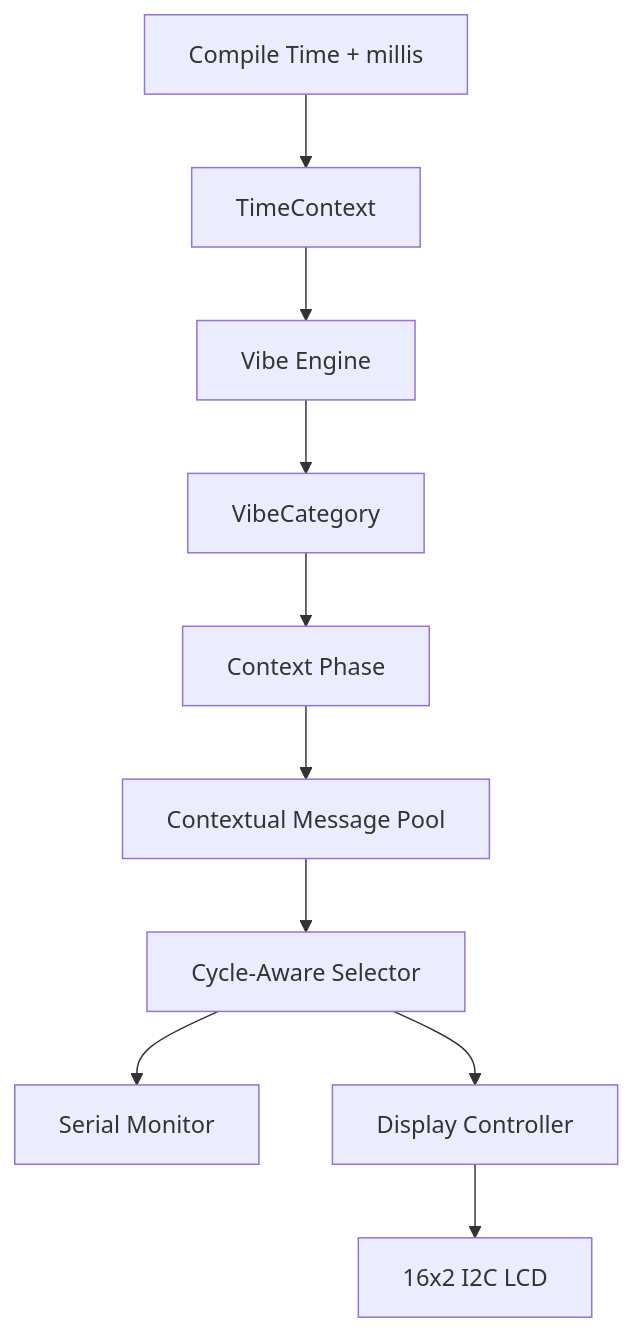
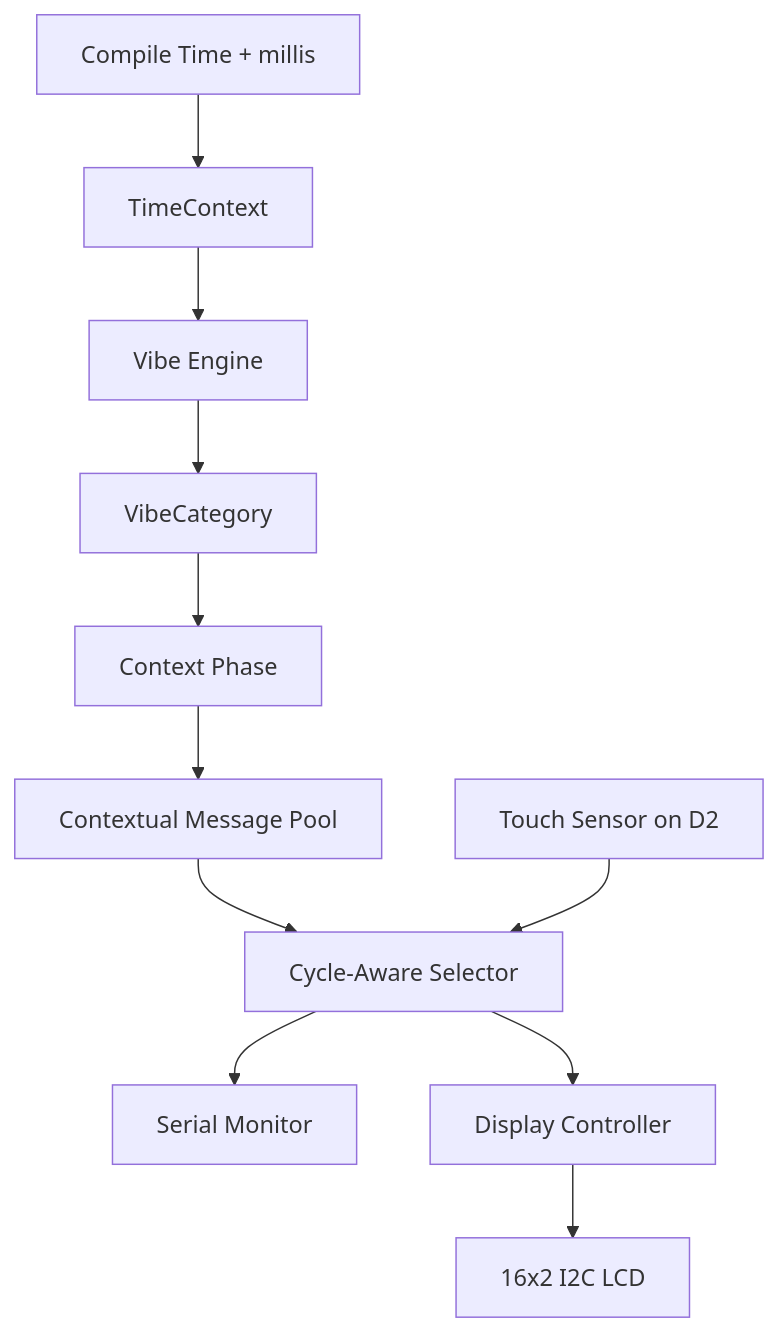
The diagram in README.md (HARI9037/Kalachakram), drawn with Mermaid before and after one commit. The commit also changed other lines of this file and 3 other files, not shown here.

````diff
--- a/README.md
+++ b/README.md
@@ -309,12 +318,13 @@
 ```mermaid
 flowchart TD
     A[Compile Time + millis] --> B[TimeContext]
     B --> C[Vibe Engine]
     C --> D[VibeCategory]
     D --> E[Context Phase]
     E --> F[Contextual Message Pool]
     F --> G[Cycle-Aware Selector]
+    K[Touch Sensor on D2] --> G
     G --> H[Serial Monitor]
     G --> I[Display Controller]
     I --> J[16x2 I2C LCD]
 ```
````
